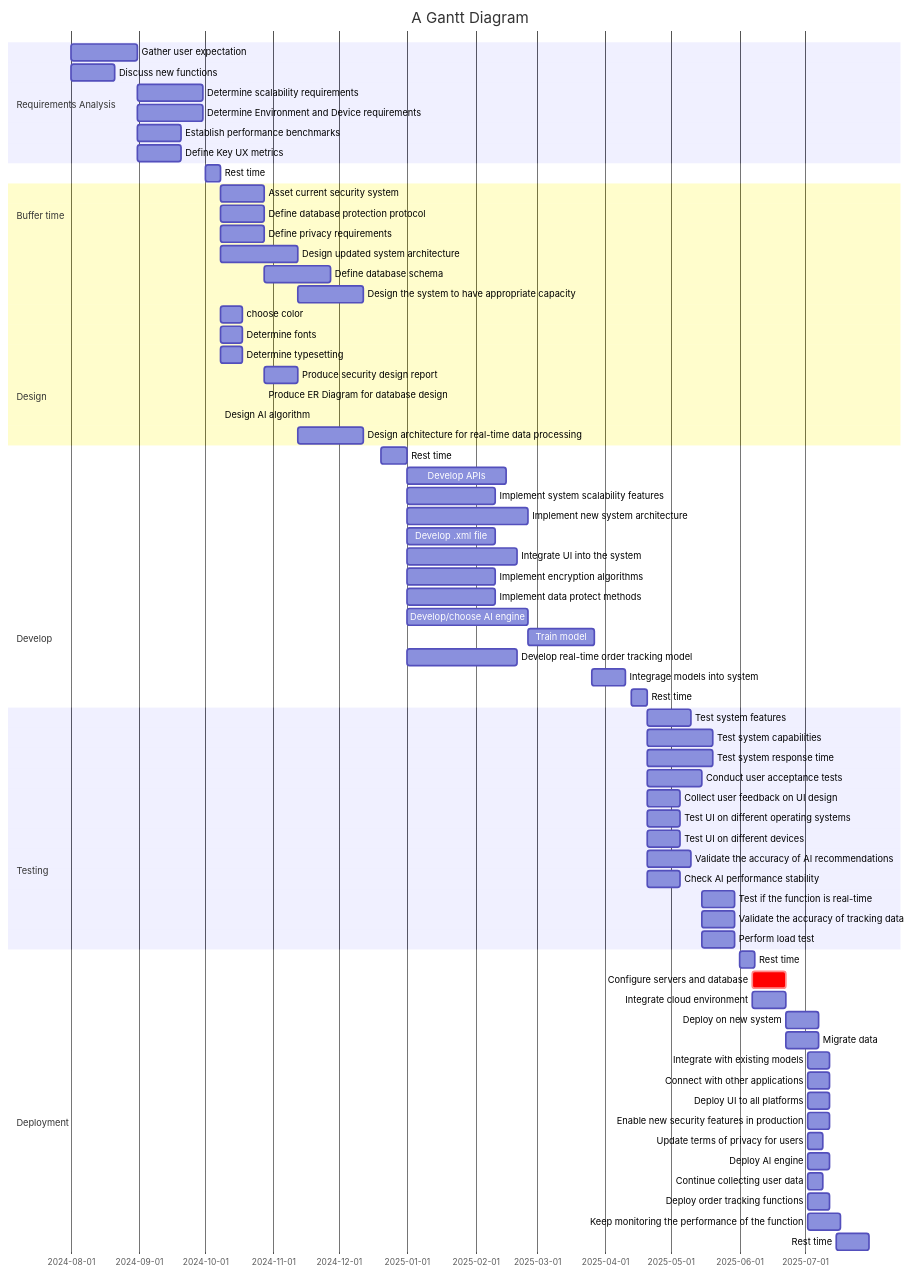
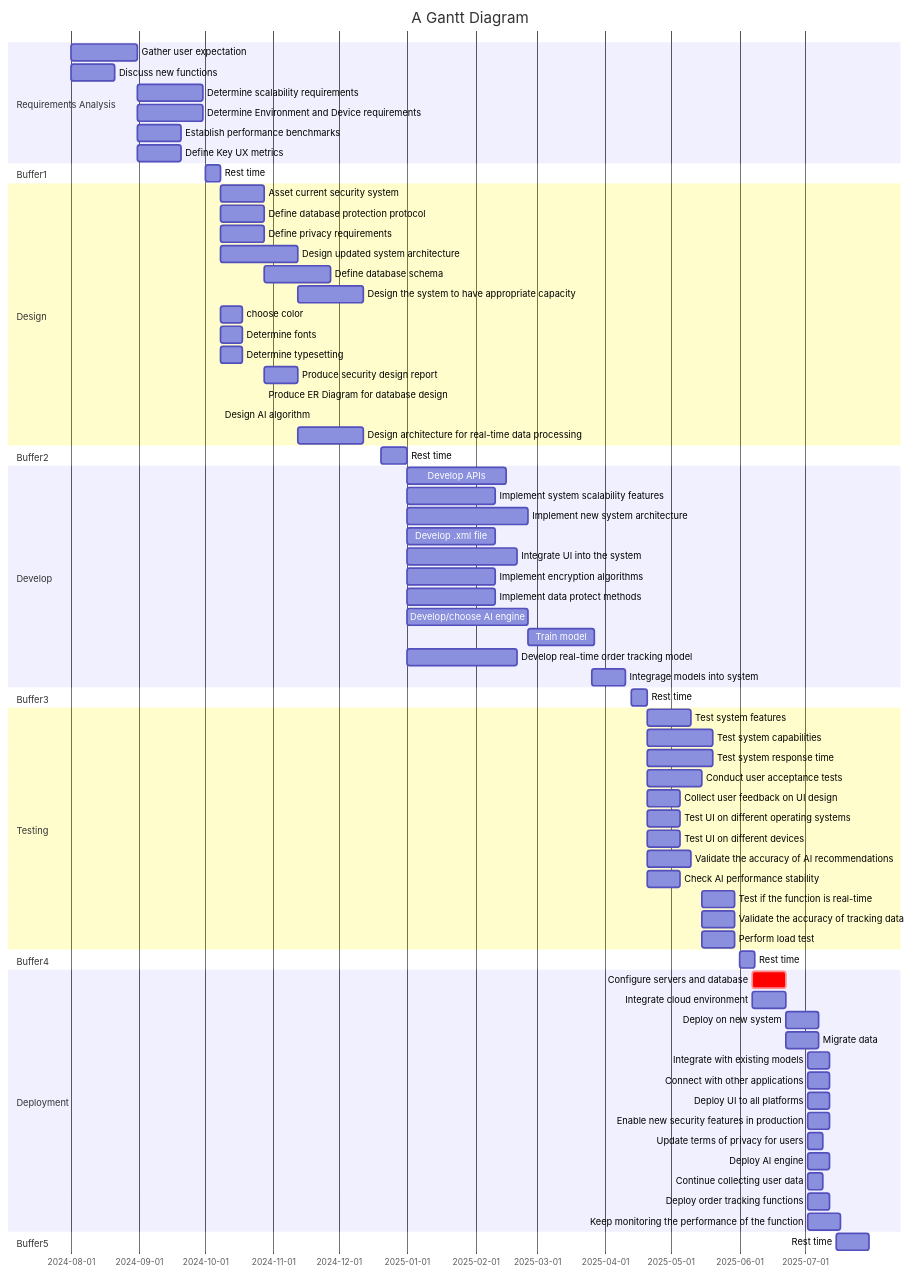
One commit to sayshelley/iodraw-files changed the diagram in all/Gannt.md. Above: the diagram before and after it, drawn with Mermaid.

````diff
--- a/all/Gannt.md
+++ b/all/Gannt.md
@@ -1,84 +1,84 @@
 ```mermaid
 gantt
     title A Gantt Diagram
     dateFormat  YYYY-MM-DD
     section Requirements Analysis
         Gather user expectation: a4, 2024-08-01, 30d
         Discuss new functions: a6, 2024-08-01, 20d
         Determine scalability requirements: a1, after a4, 30d
         Determine Environment and Device requirements: a2, after a4, 30d
         Establish performance benchmarks: a3, after a4, 20d
         Define Key UX metrics: a5, after a4, 20d
-    section Buffer time
+    section Buffer1
         Rest time: 2024-10-01, 7d
         
     section Design
         Asset current security system: b1, 2024-10-08, 20d
         Define database protection protocol: b2, 2024-10-08, 20d
         Define privacy requirements: b3, 2024-10-08, 20d
         Design updated system architecture: b4, 2024-10-08, 35d
         Define database schema: b5, after b2, 30d
         Design the system to have appropriate capacity: b6, after b4, 30d
         choose color: b7, 2024-10-08, 10d
         Determine fonts: b8, 2024-10-08, 10d
         Determine typesetting: b9, 2024-10-08, 10d
         Produce security design report: b10, 2024-10-28 ,15d
         Produce ER Diagram for database design: b11, 2024-10-28, 15
         Design AI algorithm: b12, 2024-10-08, 35
         Design architecture for real-time data processing: b13, 2024-11-12,30d
-    section Buffer time
+    section Buffer2
         Rest time: 2024-12-20, 12d
     section Develop
         Develop APIs: c1, 2025-01-01, 45d
         Implement system scalability features: c2, 2025-01-01, 40d
         Implement new system architecture: c3, 2025-01-01, 55d
         Develop .xml file: c4, 2025-01-01, 40d
         Integrate UI into the system: c5, 2025-01-01, 50d
         Implement encryption algorithms:c6, 2025-01-01, 40d
         Implement data protect methods: c7, 2025-01-01, 40d
         Develop/choose AI engine: c8, 2025-01-01, 55d
         Train model: c9, 2025-02-25, 30d
         Develop real-time order tracking model: c10, 2025-01-01, 50d
         Integrage models into system: c11, 2025-03-26, 15d
-    section Buffer time
+    section Buffer3
         Rest time: 2025-04-13, 7d
     section Testing
         Test system features: d1, 2025-04-20, 20d
         Test system capabilities: d2, 2025-04-20, 30d
         Test system response time: d3, 2025-04-20, 30d
         Conduct user acceptance tests: d4, 2025-04-20, 25d
         Collect user feedback on UI design: d5, 2025-04-20, 15d
         Test UI on different operating systems: d6, 2025-04-20, 15d
         Test UI on different devices: d7, 2025-04-20, 15d
         Validate the accuracy of AI recommendations: d8, 2025-04-20, 20d
         Check AI performance stability: d9, 2025-04-20, 15d
         Test if the function is real-time: d10, 2025-05-15, 15d
         Validate the accuracy of tracking data: d11, 2025-05-15, 15d
         Perform load test: d12, 2025-05-15, 15d
-    section Buffer time
+    section Buffer4
         Rest time: 2025-06-01, 7d
     section Deployment
         Configure servers and database: crit,e1, 2025-06-07, 15d
         Integrate cloud environment: e2, 2025-06-07, 15d
         Deploy on new system: e3, 2025-06-22, 15d
         Migrate data: e4, 2025-06-22, 15d
         Integrate with existing models: e5, 2025-07-02, 10d
         Connect with other applications: e6, 2025-07-02,10d
         Deploy UI to all platforms: e7, 2025-07-02, 10d
         Enable new security features in production: e8, 2025-07-02, 10d
         Update terms of privacy for users: e9, 2025-07-02, 7d
         Deploy AI engine: e10, 2025-07-02,10d
         Continue collecting user data: e11, 2025-07-02, 7d
         Deploy order tracking functions: e12, 2025-07-02, 10d
         Keep monitoring the performance of the function: e13, 2025-07-02, 15d
-    section Buffer time
+    section Buffer5
         Rest time: 2025-07-15, 15d
     todayMarker off
     
 
 
     
 
 
    
 ```
````
